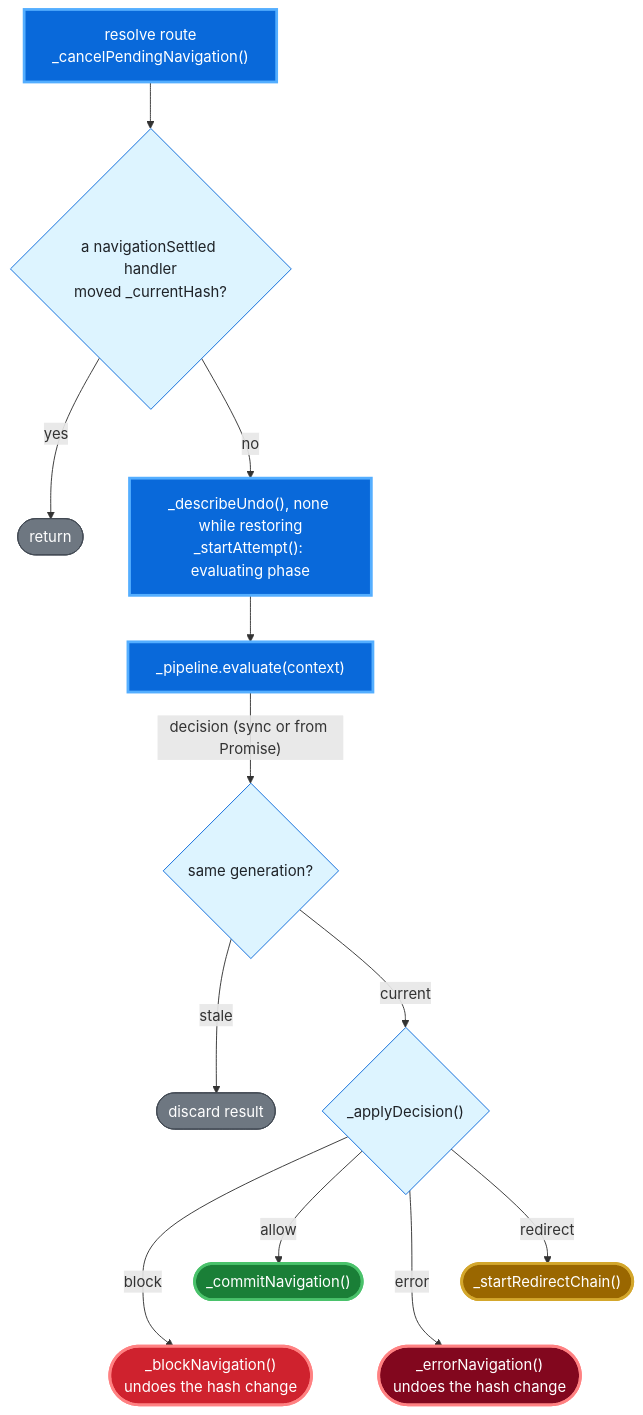
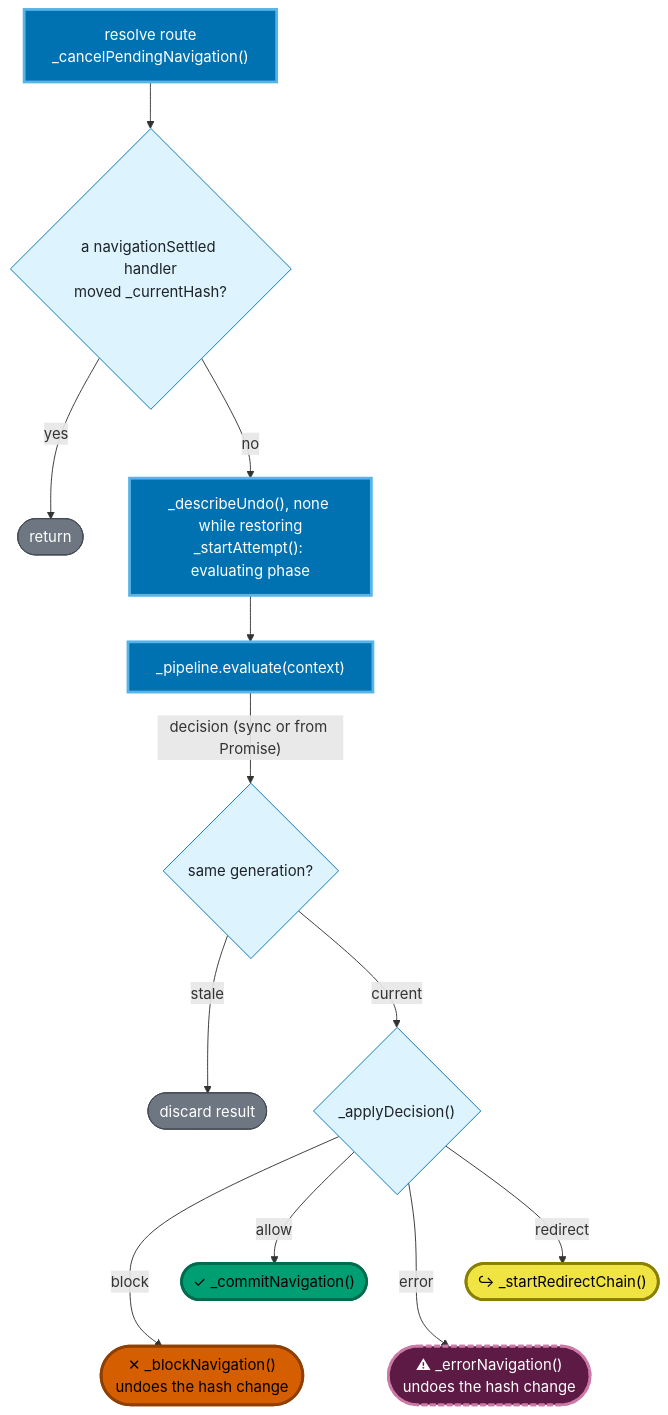
The second of 12 diagrams in docs/reference/architecture.md (wridgeu/ui5-lib-guard-router), drawn with Mermaid before and after one commit. The commit also changed other lines of this file and 4 other files, not shown here.

First line of the commit message:
docs: take the diagram colours from the Okabe-Ito set and mark each outcome with a symbol

````diff
--- a/docs/reference/architecture.md
+++ b/docs/reference/architecture.md
@@ -221,31 +221,31 @@
 ```mermaid
 flowchart TD
     cancelprev["resolve route<br/>_cancelPendingNavigation()"] --> handlermoved{"a navigationSettled handler<br/>moved _currentHash?"}
     handlermoved -- "yes" --> ret(["return"])
     handlermoved -- "no" --> setup["_describeUndo(), none while restoring<br/>_startAttempt(): evaluating phase"]
     setup --> evaluate["_pipeline.evaluate(context)"]
     evaluate -- "decision (sync or from Promise)" --> stale{"same generation?"}
     stale -- "stale" --> discard(["discard result"])
     stale -- "current" --> apply{"_applyDecision()"}
-    apply -- "allow" --> commit(["_commitNavigation()"])
-    apply -- "redirect" --> redirect(["_startRedirectChain()"])
-    apply -- "block" --> block(["_blockNavigation()<br/>undoes the hash change"])
-    apply -- "error" --> errornav(["_errorNavigation()<br/>undoes the hash change"])
+    apply -- "allow" --> commit(["✓ _commitNavigation()"])
+    apply -- "redirect" --> redirect(["↪ _startRedirectChain()"])
+    apply -- "block" --> block(["✕ _blockNavigation()<br/>undoes the hash change"])
+    apply -- "error" --> errornav(["⚠ _errorNavigation()<br/>undoes the hash change"])
     commit ~~~ block
     redirect ~~~ errornav
 
     classDef native fill:#6e7781,stroke:#424a53,color:#ffffff
-    classDef added fill:#0969da,stroke:#54aeff,stroke-width:3px,color:#ffffff
-    classDef decision fill:#ddf4ff,stroke:#0969da,color:#1f2328
-    classDef commit fill:#1a7f37,stroke:#4ac26b,stroke-width:3px,color:#ffffff
-    classDef redirect fill:#9a6700,stroke:#d4a72c,stroke-width:3px,color:#ffffff
-    classDef block fill:#cf222e,stroke:#ff8182,stroke-width:3px,color:#ffffff
-    classDef error fill:#82071e,stroke:#ff8182,stroke-width:3px,color:#ffffff
+    classDef added fill:#0072B2,stroke:#56B4E9,stroke-width:3px,color:#ffffff
+    classDef decision fill:#ddf4ff,stroke:#0072B2,color:#1f2328
+    classDef commit fill:#009E73,stroke:#006b4e,stroke-width:3px,color:#000000
+    classDef redirect fill:#F0E442,stroke:#8a7f00,stroke-width:3px,color:#000000
+    classDef block fill:#D55E00,stroke:#8f3f00,stroke-width:3px,color:#000000
+    classDef error fill:#5c1a44,stroke:#CC79A7,stroke-width:3px,stroke-dasharray:6 3,color:#ffffff
     class ret,discard native
     class cancelprev,setup,evaluate added
     class handlermoved,stale,apply decision
     class commit commit
     class redirect redirect
     class block block
     class errornav error
 ```
````
